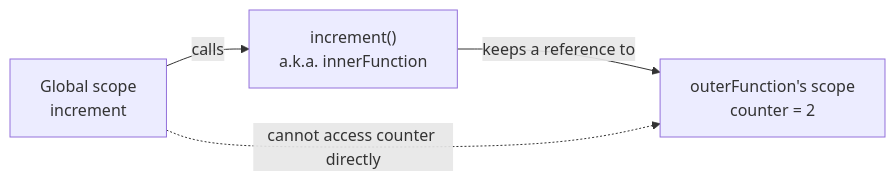
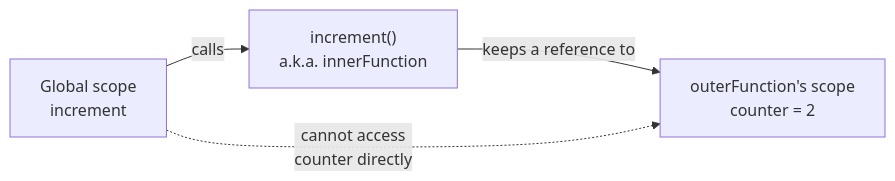
The ninth of 16 diagrams in README.md (renatolinsdigital/javascript-quickstart), drawn with Mermaid before and after one commit. The commit also changed other lines of this file, not shown here.

Commit message:
adds a revision to mermaid graphs

````diff
--- a/README.md
+++ b/README.md
@@ -1941,6 +1976,11 @@
 ```mermaid
+---
+config:
+  flowchart:
+    wrappingWidth: 1000
+---
 flowchart LR
     G["Global scope<br/>increment"] -- "calls" --> I["increment()<br/>a.k.a. innerFunction"]
     I -- "keeps a reference to" --> E["outerFunction's scope<br/>counter = 2"]
-    G -. "cannot access counter directly" .-> E
+    G -. "cannot access<br/>counter directly" .-> E
 ```
````
